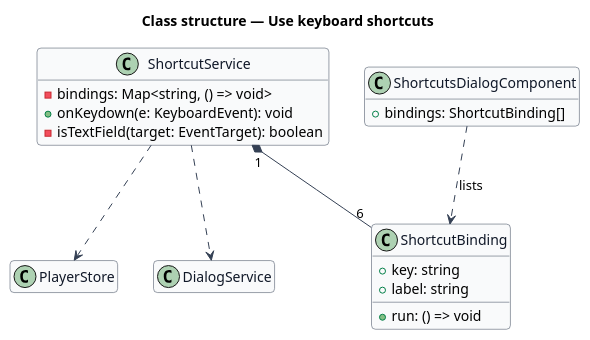
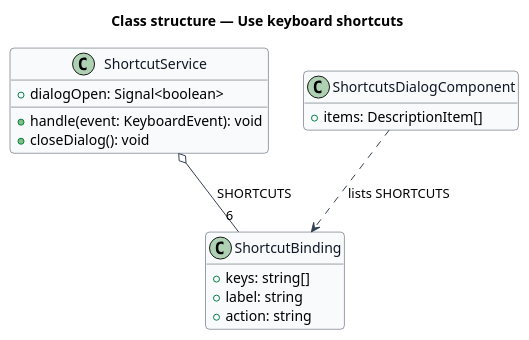
One commit to QuinntyneBrown/hummi changed the diagram in docs/detailed-designs/playback/keyboard-shortcuts/diagrams/class-structure.puml. Above: the diagram before and after it, drawn with PlantUML. The commit also changed 156 other files, not shown here.

First line of the commit message:
Control what plays next: Now playing, queue drawer, track menu and keyboard shortcuts

```diff
--- a/docs/detailed-designs/playback/keyboard-shortcuts/diagrams/class-structure.puml
+++ b/docs/detailed-designs/playback/keyboard-shortcuts/diagrams/class-structure.puml
@@ -1,32 +1,30 @@
 @startuml
 skinparam backgroundColor #FFFFFF
 skinparam shadowing false
 skinparam roundcorner 8
 skinparam defaultFontName Arial
 skinparam ArrowColor #344054
 skinparam class {
   BorderColor #344054
   FontColor #101828
   BackgroundColor #F9FAFB
 }
 hide empty members
 title Class structure — Use keyboard shortcuts
 
+class ShortcutBinding {
+  +keys: string[]
+  +label: string
+  +action: string
+}
 class ShortcutService {
-  -bindings: Map<string, () => void>
-  +onKeydown(e: KeyboardEvent): void
-  -isTextField(target: EventTarget): boolean
-}
-class ShortcutBinding {
-  +key: string
-  +label: string
-  +run: () => void
+  +dialogOpen: Signal<boolean>
+  +handle(event: KeyboardEvent): void
+  +closeDialog(): void
 }
 class ShortcutsDialogComponent {
-  +bindings: ShortcutBinding[]
+  +items: DescriptionItem[]
 }
-ShortcutService "1" *-- "6" ShortcutBinding
-ShortcutService ..> PlayerStore
-ShortcutService ..> DialogService
-ShortcutsDialogComponent ..> ShortcutBinding : lists
+ShortcutService o-- "6" ShortcutBinding : SHORTCUTS
+ShortcutsDialogComponent ..> ShortcutBinding : lists SHORTCUTS
 @enduml
```
